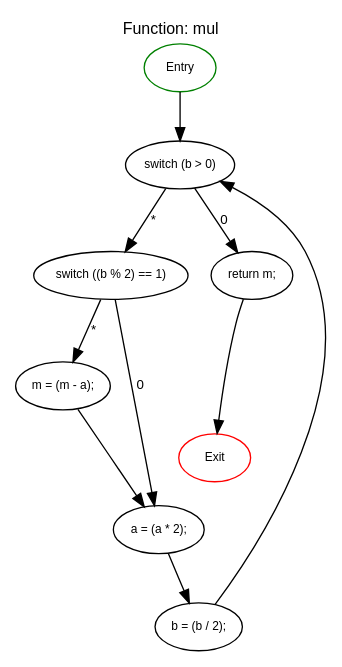
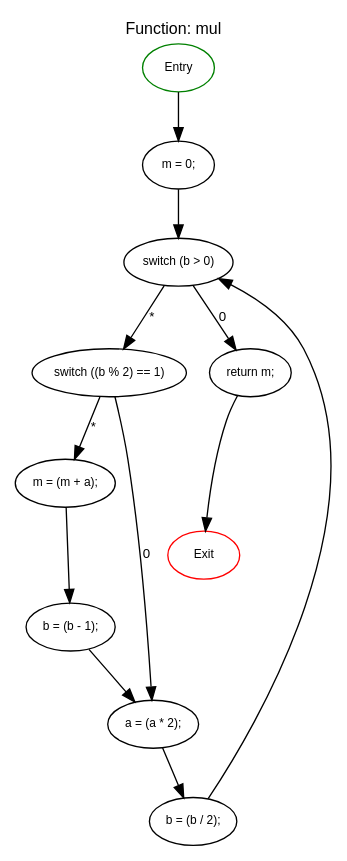
One commit to jmarzin1/testGL2016 changed the diagram in td1/mul/mul.dot. Above: the diagram before and after it, drawn with Graphviz. The commit also changed 31 other files, not shown here.

```diff
--- a/td1/mul/mul.dot
+++ b/td1/mul/mul.dot
@@ -1,26 +1,30 @@
 digraph CFG {
 	size="7.5,10";
 	center=true;
 	labelloc=top;
 	label="Function: mul";
 	fontname=Arial; fontsize=12;
 	edge[fontname=Arial,fontsize=10];
 	node[fontname=Arial,fontsize=9];
 	N0[color="green",label="Entry"];
 	N0 -> N1[weight=0.1];
-	N1[label="switch (b \> 0)"];
-	N1 -> N2[label="*"];
-	N1 -> N3[label="0"];
-	N3[label="return m;"];
-	N3 -> N4[weight=0.1];
-	N4[color="red",label="Exit"];
-	N2[label="switch ((b % 2) == 1)"];
-	N2 -> N5[label="*"];
-	N2 -> N6[label="0"];
-	N6[label="a = (a * 2);"];
-	N6 -> N7[weight=0.1];
-	N7[label="b = (b / 2);"];
-	N7 -> N1[weight=0.1];
-	N5[label="m = (m - a);"];
-	N5 -> N6[weight=0.1];
+	N1[label="m = 0;"];
+	N1 -> N2[weight=0.1];
+	N2[label="switch (b \> 0)"];
+	N2 -> N3[label="*"];
+	N2 -> N4[label="0"];
+	N4[label="return m;"];
+	N4 -> N5[weight=0.1];
+	N5[color="red",label="Exit"];
+	N3[label="switch ((b % 2) == 1)"];
+	N3 -> N6[label="*"];
+	N3 -> N7[label="0"];
+	N7[label="a = (a * 2);"];
+	N7 -> N8[weight=0.1];
+	N8[label="b = (b / 2);"];
+	N8 -> N2[weight=0.1];
+	N6[label="m = (m + a);"];
+	N6 -> N9[weight=0.1];
+	N9[label="b = (b - 1);"];
+	N9 -> N7[weight=0.1];
 }
```
